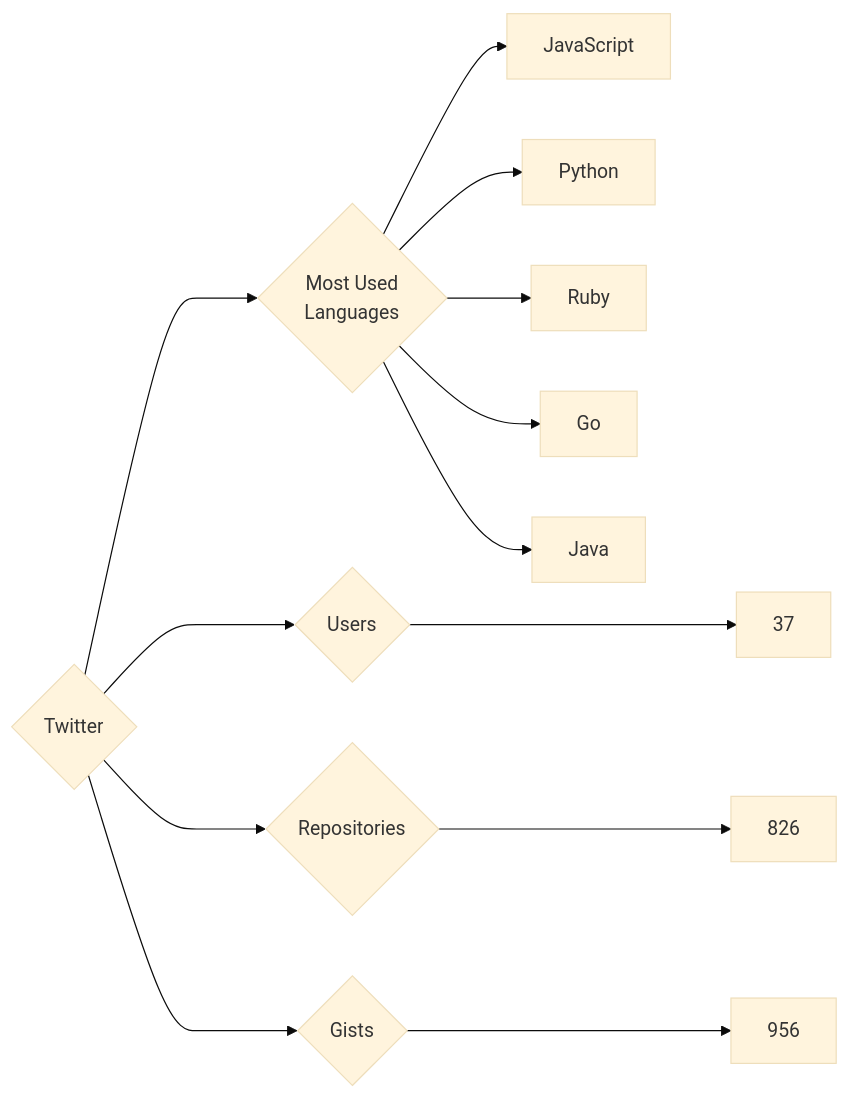
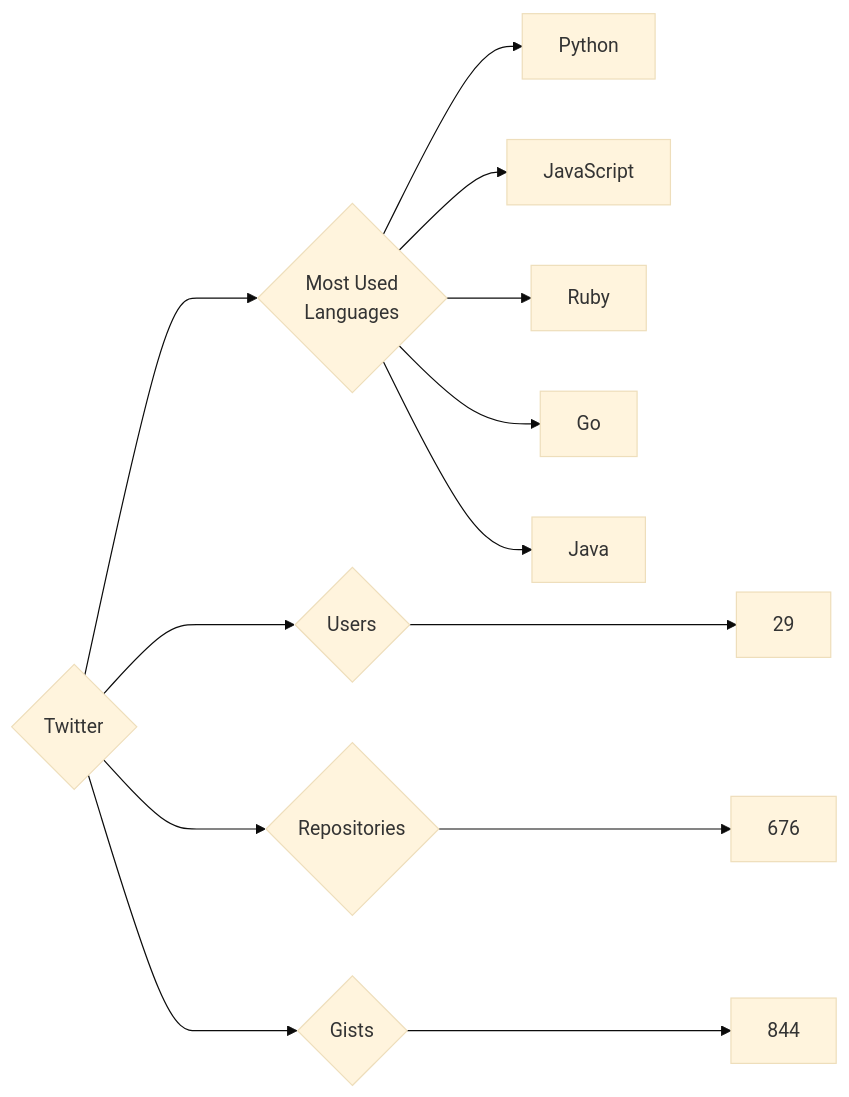
One commit to trickest/insiders changed the diagram in targets/Twitter/README.md. Above: the diagram before and after it, drawn with Mermaid (base theme). The commit also changed 835 other files, not shown here.

````diff
--- a/targets/Twitter/README.md
+++ b/targets/Twitter/README.md
@@ -3,13 +3,13 @@
 ```mermaid
 graph LR
 COMPANY_NAME{Twitter}
-COMPANY_NAME ---> U{Users} ---> UN[37]
-COMPANY_NAME ---> R{Repositories} ---> RN[826]
-COMPANY_NAME ---> G{Gists} ---> GN[956]
+COMPANY_NAME ---> U{Users} ---> UN[29]
+COMPANY_NAME ---> R{Repositories} ---> RN[676]
+COMPANY_NAME ---> G{Gists} ---> GN[844]
 COMPANY_NAME ---> ML{Most Used<br>Languages}
+ML --> Python[Python]
 ML --> JavaScript[JavaScript]
-ML --> Python[Python]
 ML --> Ruby[Ruby]
 ML --> Go[Go]
 ML --> Java[Java]
 ```
````
